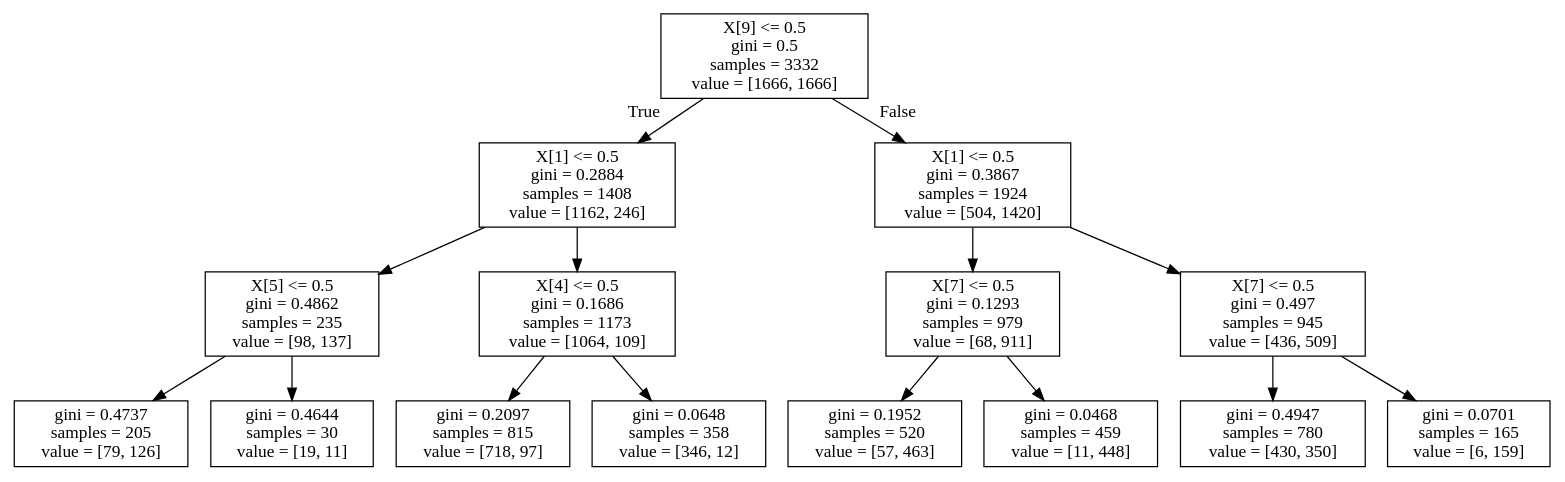
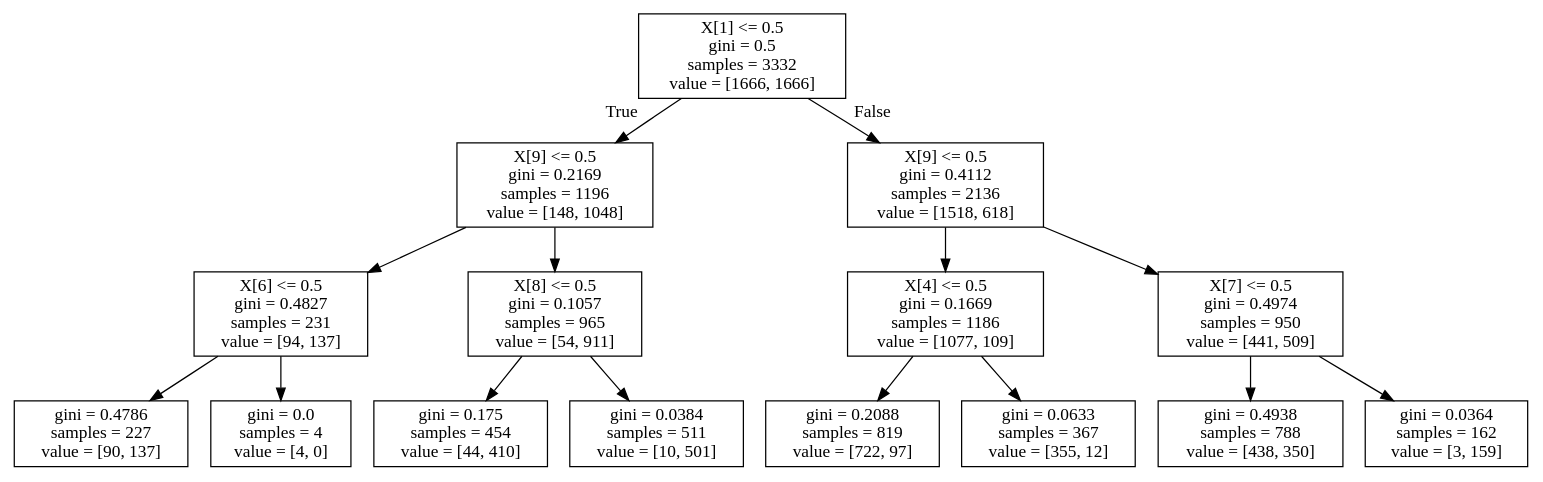
Before and after one commit to phinch/Rotten-Potatoes: the diagram in yelp_dataset/DT_undersampled.dot, drawn with Graphviz. The commit also changed 1 other file, not shown here.

```diff
--- a/yelp_dataset/DT_undersampled.dot
+++ b/yelp_dataset/DT_undersampled.dot
@@ -1,32 +1,32 @@
 digraph Tree {
 node [shape=box] ;
-0 [label="X[9] <= 0.5\ngini = 0.5\nsamples = 3332\nvalue = [1666, 1666]"] ;
-1 [label="X[1] <= 0.5\ngini = 0.2884\nsamples = 1408\nvalue = [1162, 246]"] ;
+0 [label="X[1] <= 0.5\ngini = 0.5\nsamples = 3332\nvalue = [1666, 1666]"] ;
+1 [label="X[9] <= 0.5\ngini = 0.2169\nsamples = 1196\nvalue = [148, 1048]"] ;
 0 -> 1 [labeldistance=2.5, labelangle=45, headlabel="True"] ;
-2 [label="X[5] <= 0.5\ngini = 0.4862\nsamples = 235\nvalue = [98, 137]"] ;
+2 [label="X[6] <= 0.5\ngini = 0.4827\nsamples = 231\nvalue = [94, 137]"] ;
 1 -> 2 ;
-3 [label="gini = 0.4737\nsamples = 205\nvalue = [79, 126]"] ;
+3 [label="gini = 0.4786\nsamples = 227\nvalue = [90, 137]"] ;
 2 -> 3 ;
-4 [label="gini = 0.4644\nsamples = 30\nvalue = [19, 11]"] ;
+4 [label="gini = 0.0\nsamples = 4\nvalue = [4, 0]"] ;
 2 -> 4 ;
-5 [label="X[4] <= 0.5\ngini = 0.1686\nsamples = 1173\nvalue = [1064, 109]"] ;
+5 [label="X[8] <= 0.5\ngini = 0.1057\nsamples = 965\nvalue = [54, 911]"] ;
 1 -> 5 ;
-6 [label="gini = 0.2097\nsamples = 815\nvalue = [718, 97]"] ;
+6 [label="gini = 0.175\nsamples = 454\nvalue = [44, 410]"] ;
 5 -> 6 ;
-7 [label="gini = 0.0648\nsamples = 358\nvalue = [346, 12]"] ;
+7 [label="gini = 0.0384\nsamples = 511\nvalue = [10, 501]"] ;
 5 -> 7 ;
-8 [label="X[1] <= 0.5\ngini = 0.3867\nsamples = 1924\nvalue = [504, 1420]"] ;
+8 [label="X[9] <= 0.5\ngini = 0.4112\nsamples = 2136\nvalue = [1518, 618]"] ;
 0 -> 8 [labeldistance=2.5, labelangle=-45, headlabel="False"] ;
-9 [label="X[7] <= 0.5\ngini = 0.1293\nsamples = 979\nvalue = [68, 911]"] ;
+9 [label="X[4] <= 0.5\ngini = 0.1669\nsamples = 1186\nvalue = [1077, 109]"] ;
 8 -> 9 ;
-10 [label="gini = 0.1952\nsamples = 520\nvalue = [57, 463]"] ;
+10 [label="gini = 0.2088\nsamples = 819\nvalue = [722, 97]"] ;
 9 -> 10 ;
-11 [label="gini = 0.0468\nsamples = 459\nvalue = [11, 448]"] ;
+11 [label="gini = 0.0633\nsamples = 367\nvalue = [355, 12]"] ;
 9 -> 11 ;
-12 [label="X[7] <= 0.5\ngini = 0.497\nsamples = 945\nvalue = [436, 509]"] ;
+12 [label="X[7] <= 0.5\ngini = 0.4974\nsamples = 950\nvalue = [441, 509]"] ;
 8 -> 12 ;
-13 [label="gini = 0.4947\nsamples = 780\nvalue = [430, 350]"] ;
+13 [label="gini = 0.4938\nsamples = 788\nvalue = [438, 350]"] ;
 12 -> 13 ;
-14 [label="gini = 0.0701\nsamples = 165\nvalue = [6, 159]"] ;
+14 [label="gini = 0.0364\nsamples = 162\nvalue = [3, 159]"] ;
 12 -> 14 ;
 }
```
